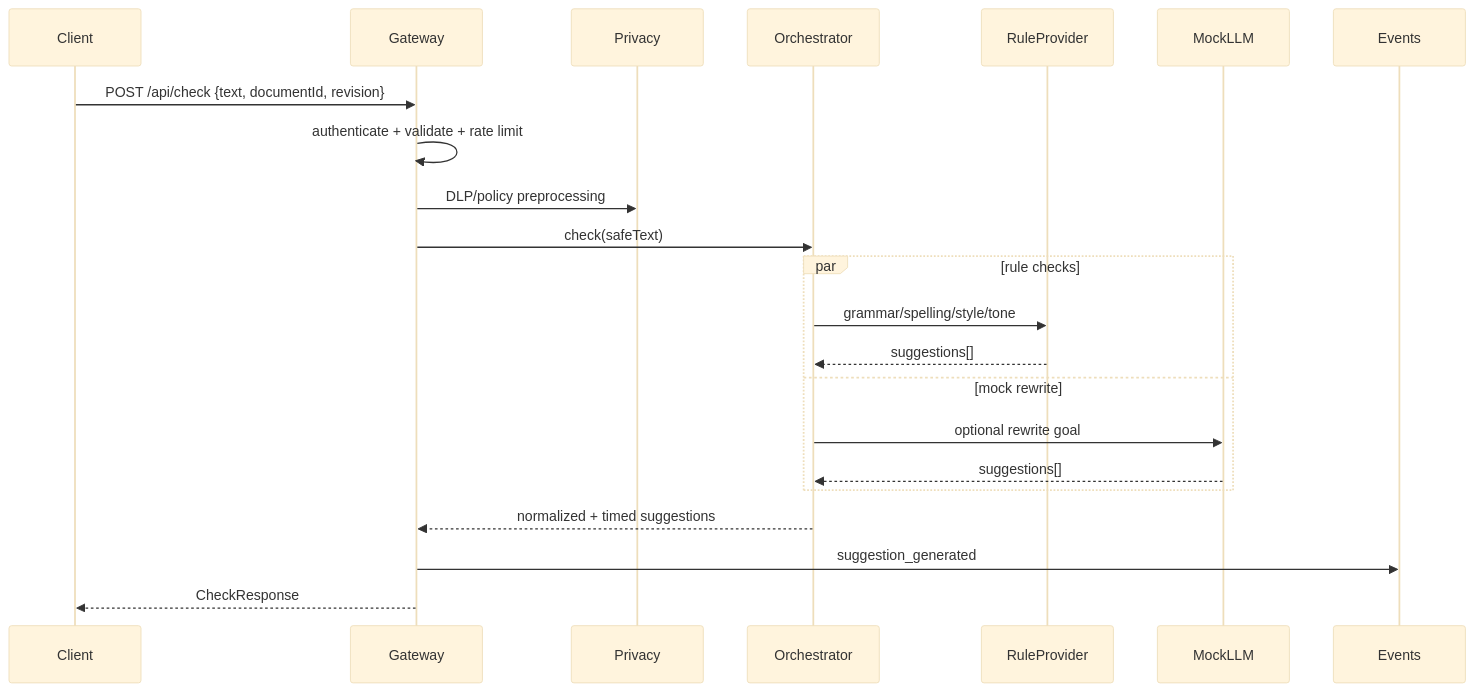
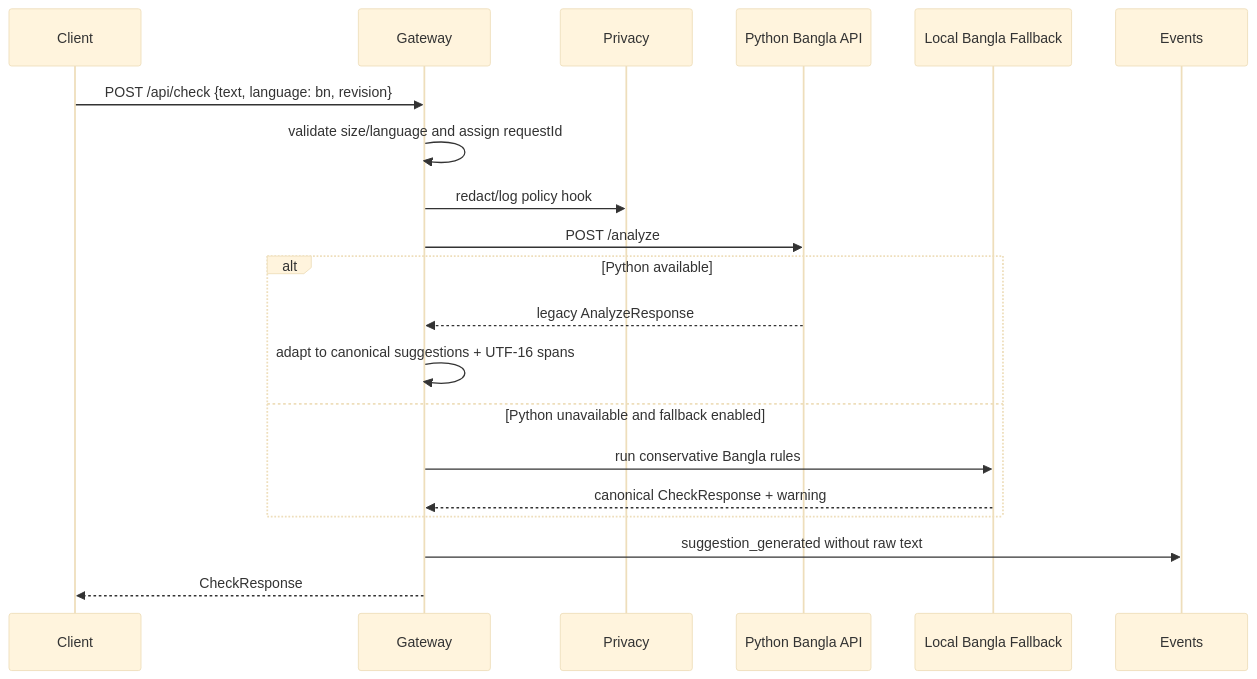
The second of 5 diagrams in docs/ARCHITECTURE.md (rumman52/Shuddho), drawn with Mermaid (base theme) before and after one commit. The commit also changed other lines of this file and 42 other files, not shown here.

Commit message:
Integrate Bangla gateway architecture

````diff
--- a/docs/ARCHITECTURE.md
+++ b/docs/ARCHITECTURE.md
@@ -51,24 +28,22 @@
 ```mermaid
 sequenceDiagram
   participant Client
   participant Gateway
   participant Privacy
-  participant Orchestrator
-  participant RuleProvider
-  participant MockLLM
+  participant Python as Python Bangla API
+  participant Fallback as Local Bangla Fallback
   participant Events
-  Client->>Gateway: POST /api/check {text, documentId, revision}
-  Gateway->>Gateway: authenticate + validate + rate limit
-  Gateway->>Privacy: DLP/policy preprocessing
-  Gateway->>Orchestrator: check(safeText)
-  par rule checks
-    Orchestrator->>RuleProvider: grammar/spelling/style/tone
-    RuleProvider-->>Orchestrator: suggestions[]
-  and mock rewrite
-    Orchestrator->>MockLLM: optional rewrite goal
-    MockLLM-->>Orchestrator: suggestions[]
+  Client->>Gateway: POST /api/check {text, language: bn, revision}
+  Gateway->>Gateway: validate size/language and assign requestId
+  Gateway->>Privacy: redact/log policy hook
+  Gateway->>Python: POST /analyze
+  alt Python available
+    Python-->>Gateway: legacy AnalyzeResponse
+    Gateway->>Gateway: adapt to canonical suggestions + UTF-16 spans
+  else Python unavailable and fallback enabled
+    Gateway->>Fallback: run conservative Bangla rules
+    Fallback-->>Gateway: canonical CheckResponse + warning
   end
-  Orchestrator-->>Gateway: normalized + timed suggestions
-  Gateway->>Events: suggestion_generated
+  Gateway->>Events: suggestion_generated without raw text
   Gateway-->>Client: CheckResponse
 ```
````
